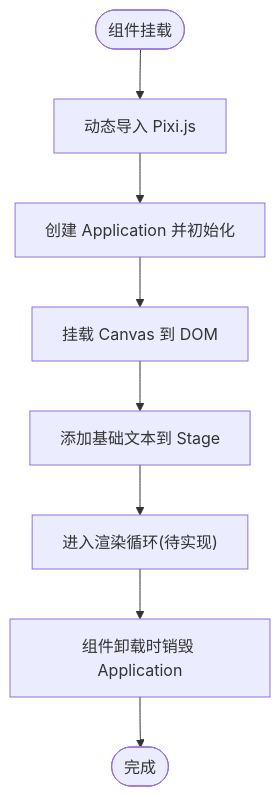
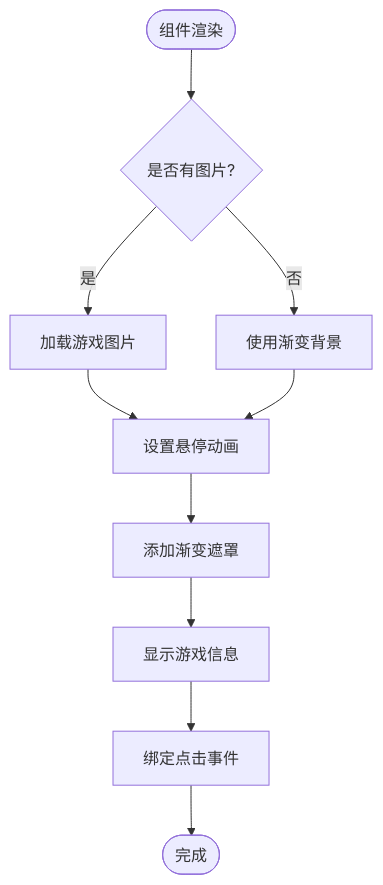
Before and after one commit to KunLabAI/KunFlix: the third of 4 diagrams in .qoder/repowiki/zh/content/前端开发指南/游戏画布渲染系统.md, drawn with Mermaid. The commit also changed other lines of this file and 25 other files, not shown here.

````diff
--- a/.qoder/repowiki/zh/content/前端开发指南/游戏画布渲染系统.md
+++ b/.qoder/repowiki/zh/content/前端开发指南/游戏画布渲染系统.md
@@ -126,10 +162,12 @@
 ```mermaid
 flowchart TD
-Start(["组件挂载"]) --> DynImport["动态导入 Pixi.js"]
-DynImport --> CreateApp["创建 Application 并初始化"]
-CreateApp --> Mount["挂载 Canvas 到 DOM"]
-Mount --> AddText["添加基础文本到 Stage"]
-AddText --> RenderLoop["进入渲染循环(待实现)"]
-RenderLoop --> Destroy["组件卸载时销毁 Application"]
-Destroy --> End(["完成"])
+Start(["组件渲染"]) --> CheckImage{"是否有图片?"}
+CheckImage --> |是| LoadImage["加载游戏图片"]
+CheckImage --> |否| GradientBG["使用渐变背景"]
+LoadImage --> HoverEffect["设置悬停动画"]
+GradientBG --> HoverEffect
+HoverEffect --> Overlay["添加渐变遮罩"]
+Overlay --> Content["显示游戏信息"]
+Content --> ClickHandler["绑定点击事件"]
+ClickHandler --> End(["完成"])
 ```
````
